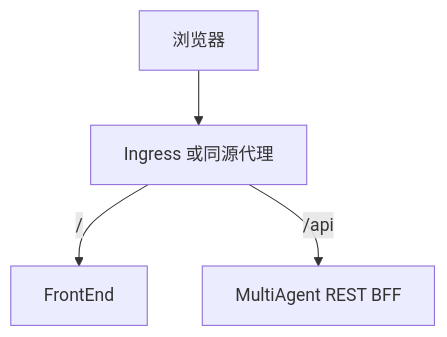
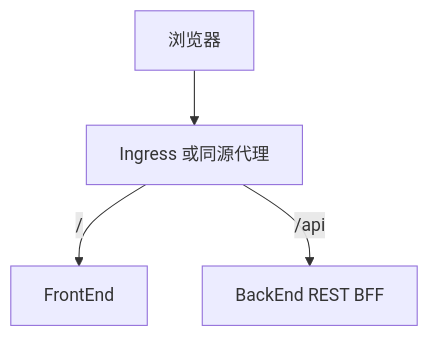
One commit to Zheng-Chuan/RiskMonitor-FrontEnd changed the diagram in docs/architecture/rest-bff-contract.md. Above: the diagram before and after it, drawn with Mermaid. The commit also changed other lines of this file and 67 other files, not shown here.

````diff
--- a/docs/architecture/rest-bff-contract.md
+++ b/docs/architecture/rest-bff-contract.md
@@ -23,6 +25,6 @@
 ```mermaid
 graph TB
     U[浏览器] --> I[Ingress 或同源代理]
     I -->|/| F[FrontEnd]
-    I -->|/api| B[MultiAgent REST BFF]
+    I -->|/api| B[BackEnd REST BFF]
 ```
````
